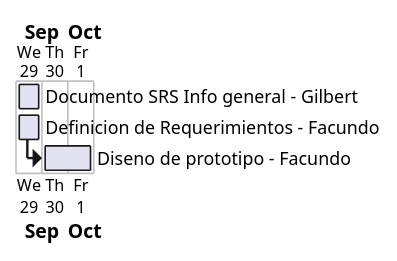
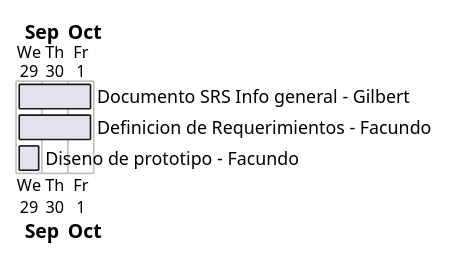
The diagram in Diagramas.md (facund015/codeRelatedObsidianNotes), drawn with PlantUML before and after one commit.

Commit message:
vault backup: 2021-10-01 09:28:50

````diff
--- a/Diagramas.md
+++ b/Diagramas.md
@@ -1,15 +1,15 @@
 ```plantuml
 
 @startgantt
 Project starts 2021-09-29
 
-[Documento SRS Info general - Gilbert] lasts 1 day and starts 2021-09-29
-[Definicion de Requerimientos - Facundo] lasts 1 day and starts 2021-09-29
-then [Diseno de prototipo - Facundo] lasts 2 days and starts 2021-09-30
+[Documento SRS Info general - Gilbert] lasts 3 day and starts 2021-09-29
+[Definicion de Requerimientos - Facundo] lasts 3 day and starts 2021-09-29
+[Diseno de prototipo - Facundo] lasts 1 days and starts 2021-09-1
 
 
 @endgantt
 
 
 
 ```
````
